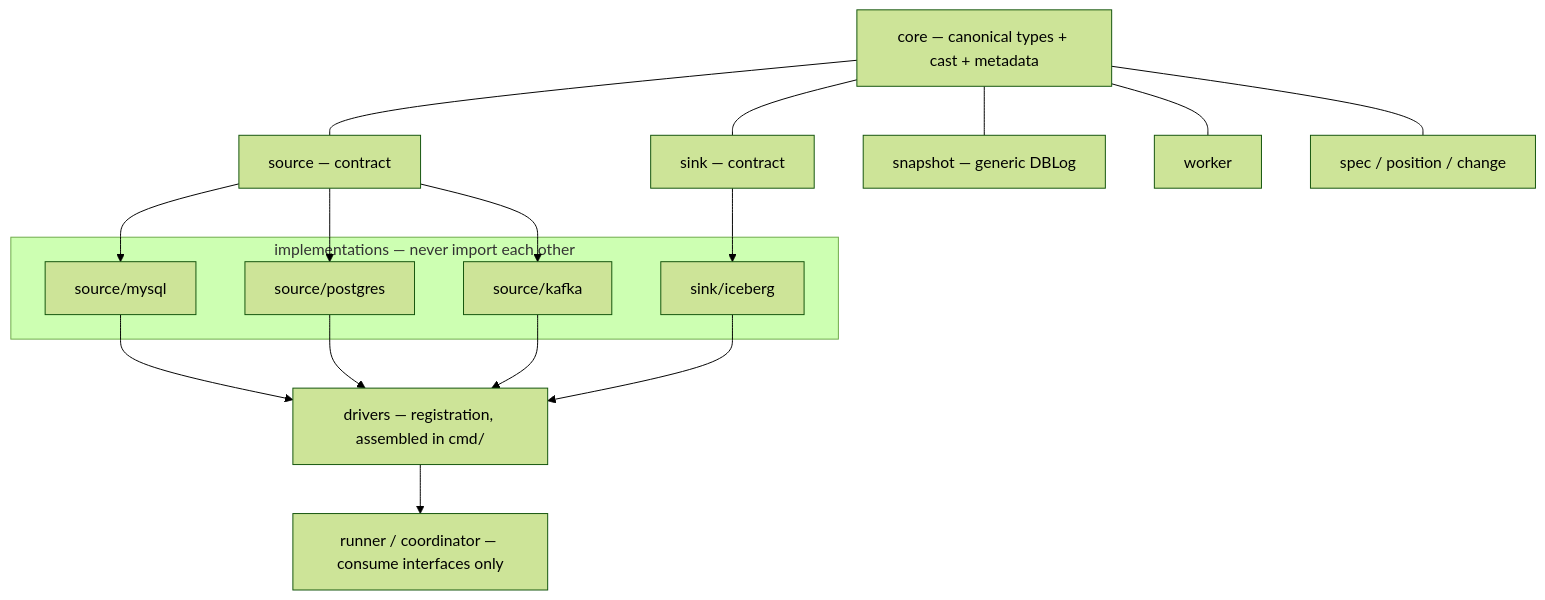
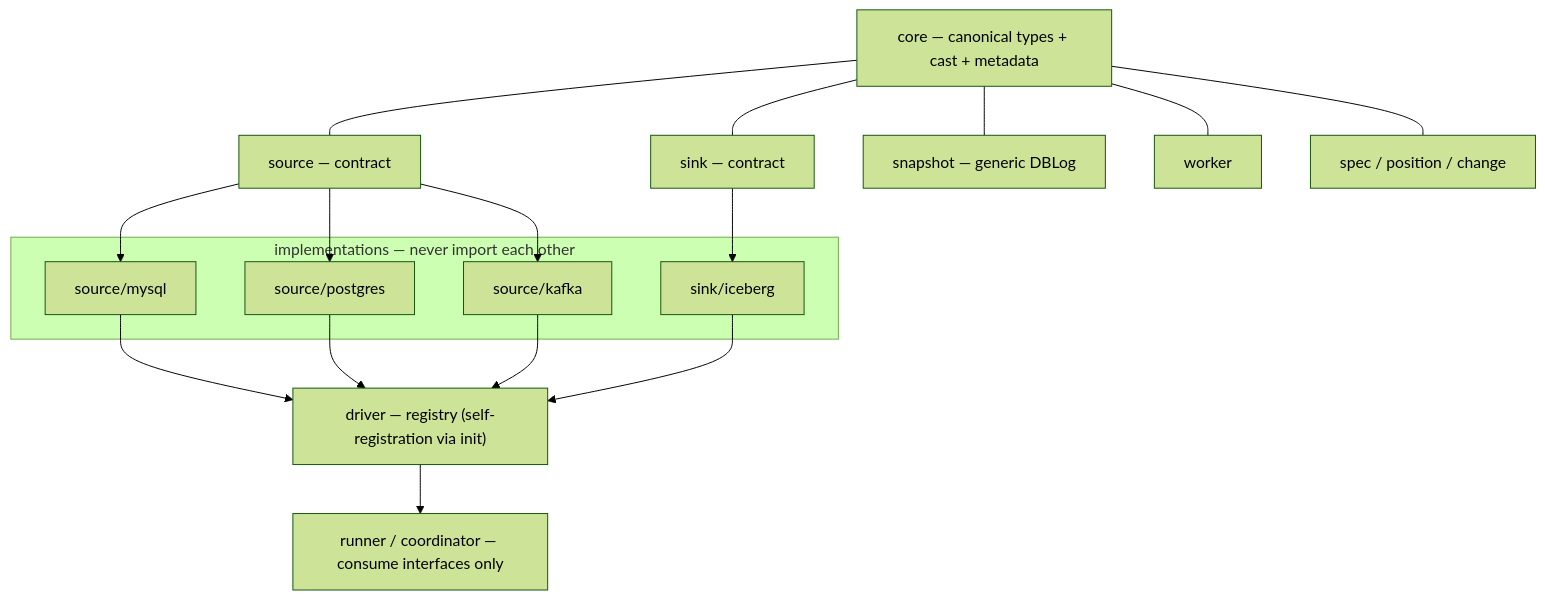
The diagram in README.md (maltzsama/urutau), drawn with Mermaid (forest theme) before and after one commit. The commit also changed other lines of this file and 5 other files, not shown here.

````diff
--- a/README.md
+++ b/README.md
@@ -19,25 +19,25 @@
 ```mermaid
 flowchart TB
     CORE["core — canonical types + cast + metadata"]
     SRC["source — contract"]
     SNK["sink — contract"]
     SNAP["snapshot — generic DBLog"]
     WRK["worker"]
     STD["spec / position / change"]
 
     subgraph impls ["implementations — never import each other"]
         MYSQL["source/mysql"]
         PG["source/postgres"]
         KAFKA["source/kafka"]
         ICE["sink/iceberg"]
     end
 
-    DRV["drivers — registration, assembled in cmd/"]
+    DRV["driver — registry (self-registration via init)"]
     RUN["runner / coordinator — consume interfaces only"]
 
     CORE --- SRC & SNK & SNAP & WRK & STD
     SRC --> MYSQL & PG & KAFKA
     SNK --> ICE
     MYSQL & PG & KAFKA & ICE --> DRV
     DRV --> RUN
 ```
````
